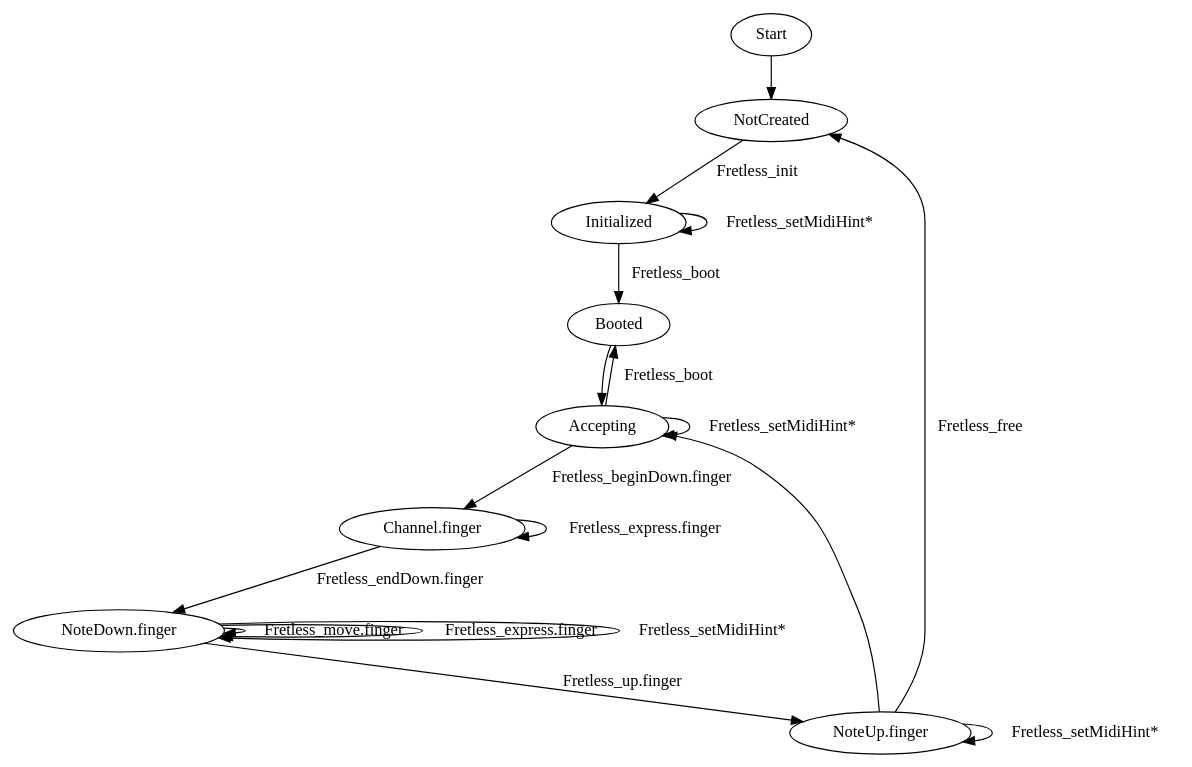
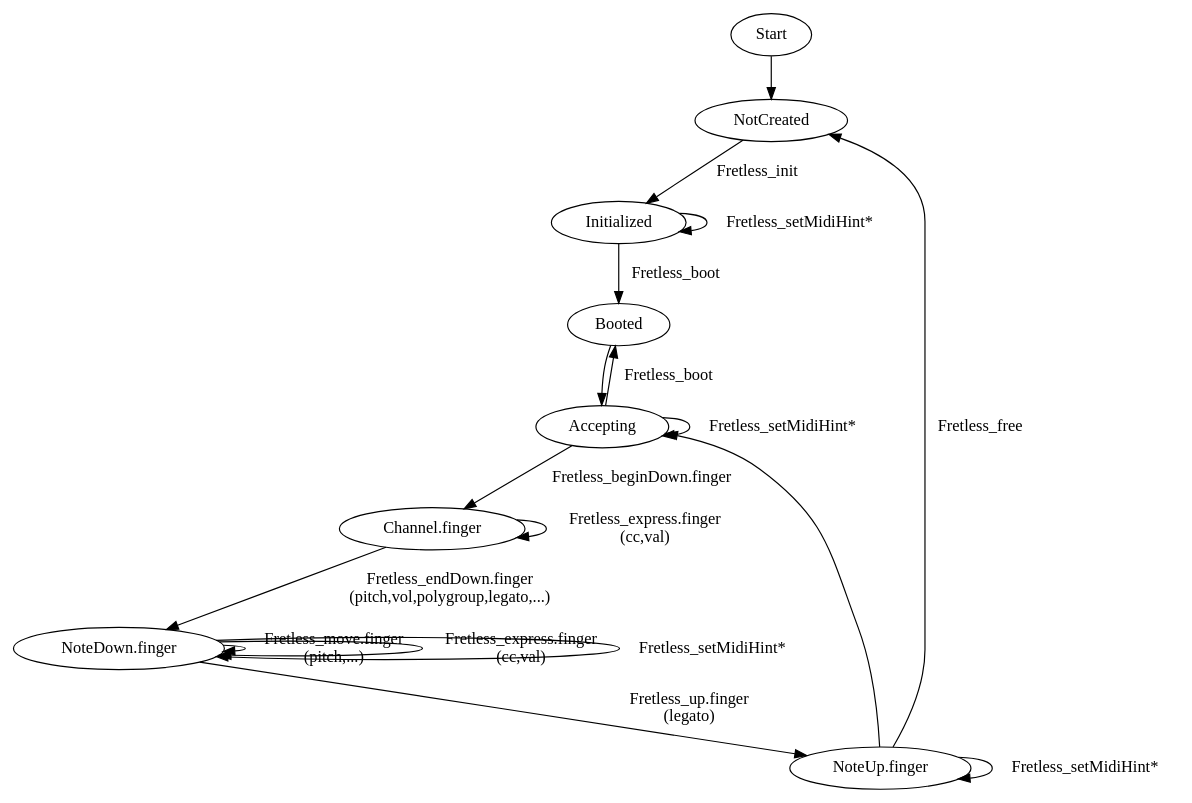
Before and after one commit to rfielding/AlephOne: the diagram in fretless.gv, drawn with Graphviz. The commit also changed 1 other file, not shown here.

Commit message:
Add in the legal state machine for Fretless calls

```diff
--- a/fretless.gv
+++ b/fretless.gv
@@ -1,28 +1,28 @@
 digraph {
   start [label="Start"];
   notcreated [label="NotCreated"];
   initialized [label="Initialized"];
   boot [label="Booted"];
   accepting [label="Accepting"];
   channelallocated [label="Channel.finger"];
   notedown [label="NoteDown.finger"];
   noteup [label="NoteUp.finger"];
 
   start -> notcreated;
   notcreated -> initialized [label="Fretless_init"];
   initialized -> boot [label="Fretless_boot"];
   boot -> accepting; 
   accepting -> channelallocated [label="Fretless_beginDown.finger"];
-  channelallocated -> notedown [label="Fretless_endDown.finger"];
-  channelallocated -> channelallocated [label="Fretless_express.finger"];
-  notedown -> notedown [label="Fretless_move.finger"];
-  notedown -> notedown [label="Fretless_express.finger"];
-  notedown -> noteup [label="Fretless_up.finger"];
+  channelallocated -> notedown [label="Fretless_endDown.finger\n(pitch,vol,polygroup,legato,...)"];
+  channelallocated -> channelallocated [label="Fretless_express.finger\n(cc,val)"];
+  notedown -> notedown [label="Fretless_move.finger\n(pitch,...)"];
+  notedown -> notedown [label="Fretless_express.finger\n(cc,val)"];
+  notedown -> noteup [label="Fretless_up.finger\n(legato)"];
   noteup -> accepting
   noteup -> notcreated [label="Fretless_free"];
   accepting -> boot [label="Fretless_boot"];
   initialized -> initialized [label="Fretless_setMidiHint*"];
   accepting -> accepting [label="Fretless_setMidiHint*"];
   notedown -> notedown [label="Fretless_setMidiHint*"];
   noteup -> noteup [label="Fretless_setMidiHint*"];
 }
```
